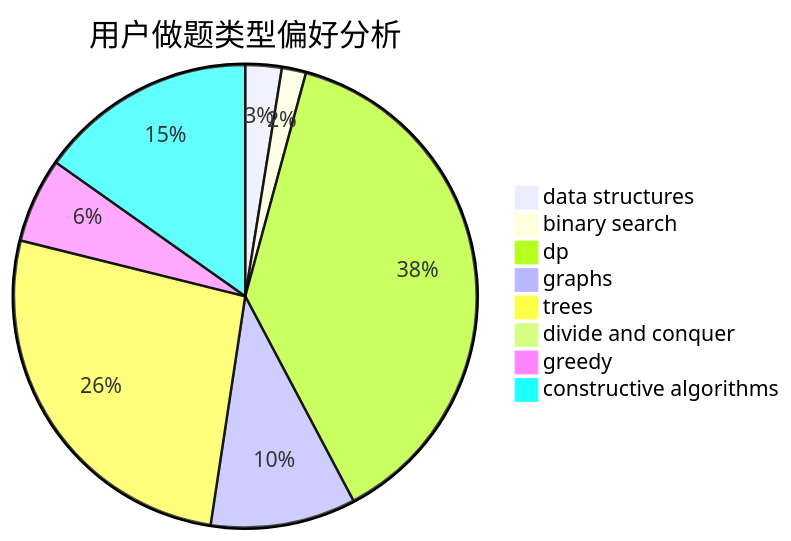
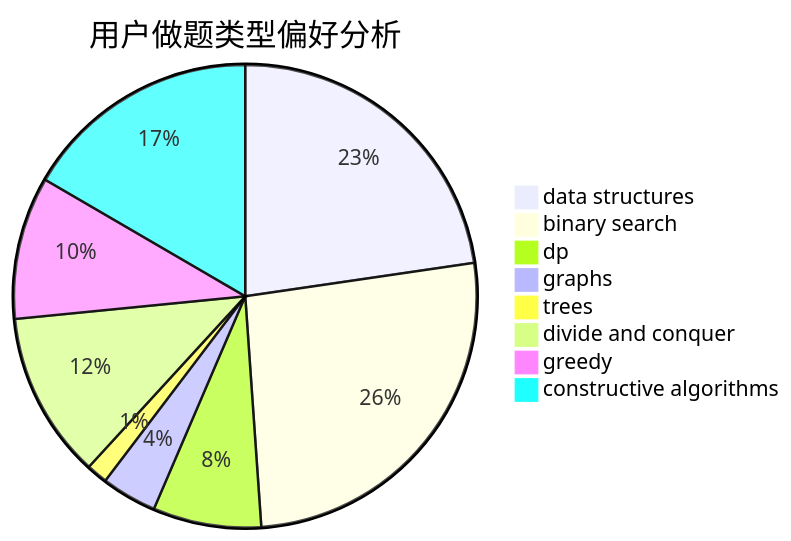
One commit to sherpahu/cfrs.github.io changed the second of 3 diagrams in docs/user/u2064.md. Above: the diagram before and after it, drawn with Mermaid. The commit also changed other lines of this file and 2770 other files, not shown here.

````diff
--- a/docs/user/u2064.md
+++ b/docs/user/u2064.md
@@ -23,11 +23,11 @@
 ```mermaid
 pie title 用户做题类型偏好分析
-    "data structures" :  9
-    "binary search" :  6
-    "dp" :  135
-    "graphs" :  36
-    "trees" :  94
-    "divide and conquer" :  0
-    "greedy" :  21
-    "constructive algorithms" :  54
+    "data structures" :  123
+    "binary search" :  142
+    "dp" :  41
+    "graphs" :  21
+    "trees" :  8
+    "divide and conquer" :  63
+    "greedy" :  54
+    "constructive algorithms" :  90
 ```
````
